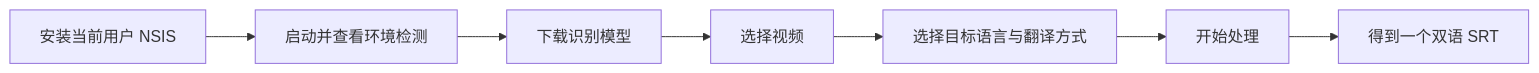
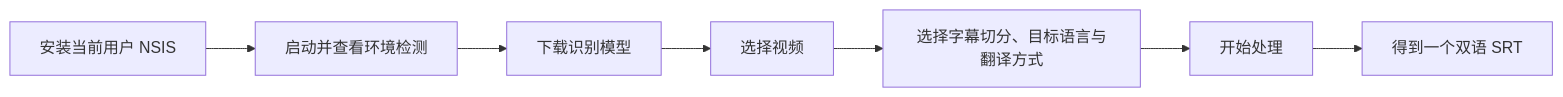
The diagram in docs/user-guide.md (coconilu/captionnest), drawn with Mermaid before and after one commit. The commit also changed other lines of this file and 25 other files, not shown here.

````diff
--- a/docs/user-guide.md
+++ b/docs/user-guide.md
@@ -5,9 +5,9 @@
 ```mermaid
 flowchart LR
     A["安装当前用户 NSIS"] --> B["启动并查看环境检测"]
     B --> C["下载识别模型"]
     C --> D["选择视频"]
-    D --> E["选择目标语言与翻译方式"]
+    D --> E["选择字幕切分、目标语言与翻译方式"]
     E --> F["开始处理"]
     F --> G["得到一个双语 SRT"]
 ```
````
